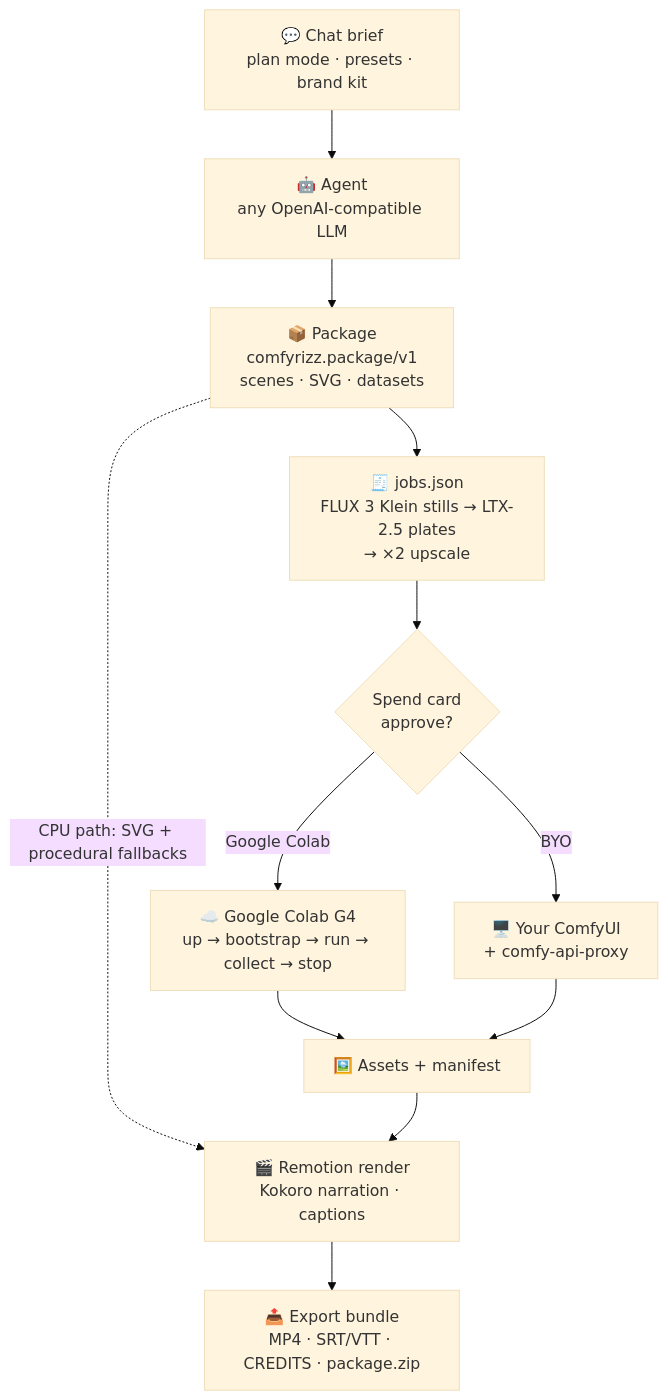
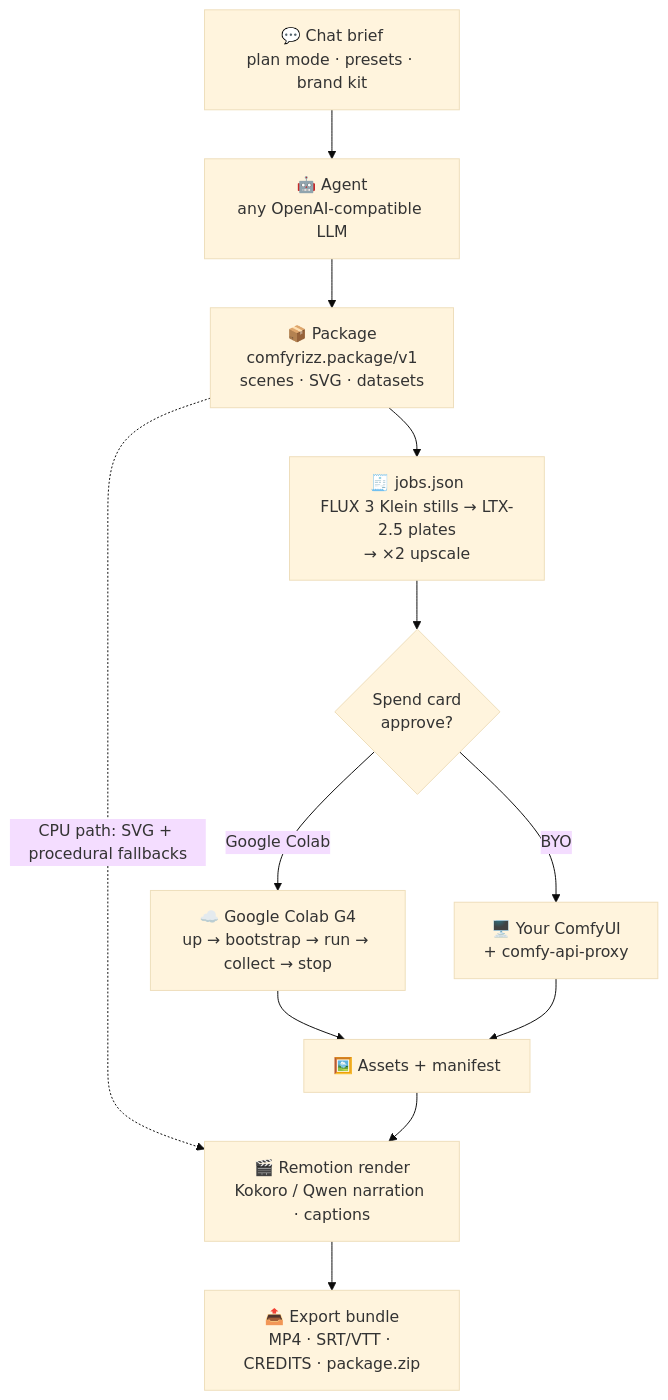
Before and after one commit to mojomast/comfyrizz: the diagram in README.md, drawn with Mermaid (base theme). The commit also changed other lines of this file and 6 other files, not shown here.

````diff
--- a/README.md
+++ b/README.md
@@ -94,14 +96,14 @@
 ```mermaid
 flowchart TD
     A["💬 Chat brief<br/>plan mode · presets · brand kit"] --> B["🤖 Agent<br/>any OpenAI-compatible LLM"]
     B --> C["📦 Package<br/>comfyrizz.package/v1<br/>scenes · SVG · datasets"]
     C --> D["🧾 jobs.json<br/>FLUX 3 Klein stills → LTX-2.5 plates<br/>→ ×2 upscale"]
     D --> S{"Spend card<br/>approve?"}
     S -->|Google Colab| E["☁️ Google Colab G4<br/>up → bootstrap → run → collect → stop"]
     S -->|BYO| F["🖥️ Your ComfyUI<br/>+ comfy-api-proxy"]
     E --> G["🖼️ Assets + manifest"]
     F --> G
     C -.->|"CPU path: SVG + procedural fallbacks"| H
-    G --> H["🎬 Remotion render<br/>Kokoro narration · captions"]
+    G --> H["🎬 Remotion render<br/>Kokoro / Qwen narration · captions"]
     H --> I["📤 Export bundle<br/>MP4 · SRT/VTT · CREDITS · package.zip"]
 ```
````
